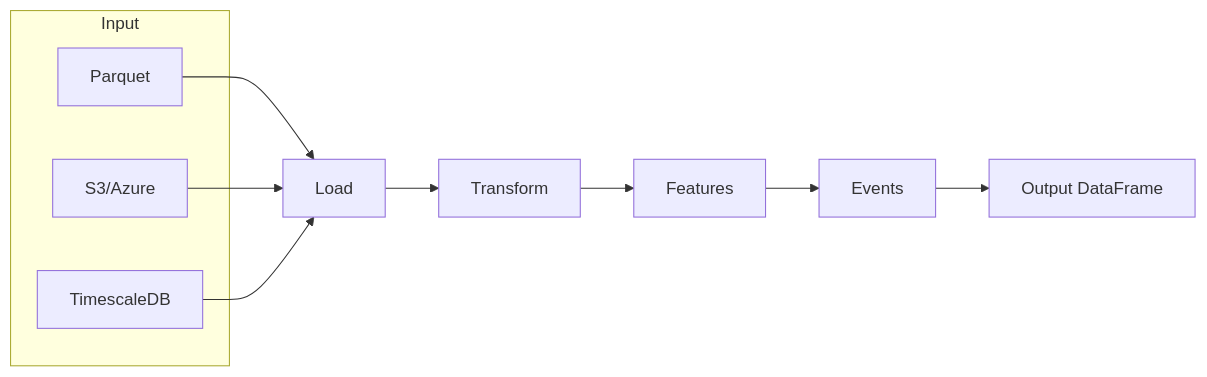
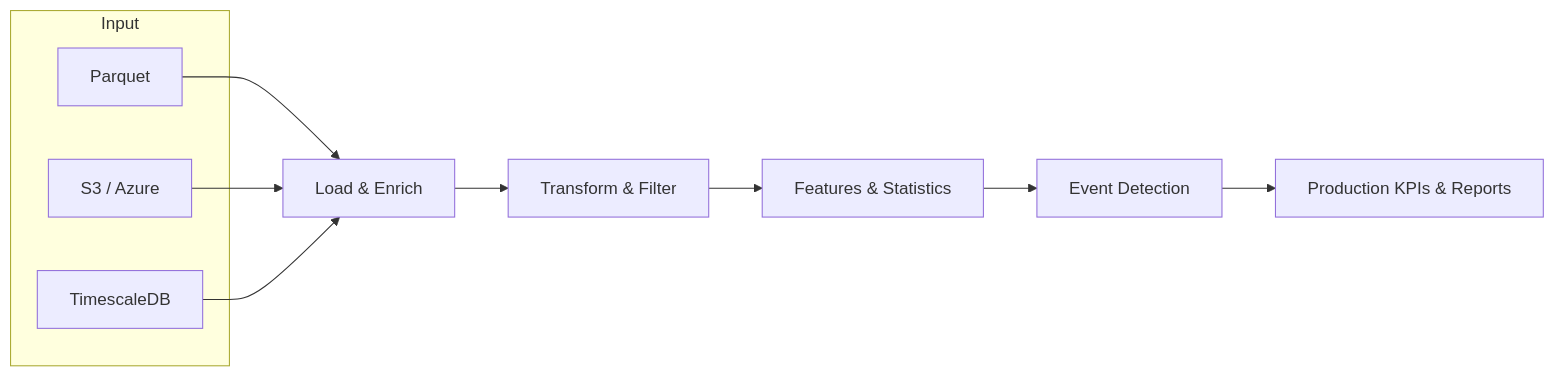
The diagram in docs/index.md (jakobgabriel/ts-shape), drawn with Mermaid before and after one commit. The commit also changed other lines of this file and 14 other files, not shown here.

````diff
--- a/docs/index.md
+++ b/docs/index.md
@@ -87,17 +122,17 @@
 ```mermaid
 flowchart LR
     subgraph Input
         A1[Parquet]
-        A2[S3/Azure]
+        A2[S3 / Azure]
         A3[TimescaleDB]
     end
 
-    A1 --> L[Load]
+    A1 --> L[Load & Enrich]
     A2 --> L
     A3 --> L
 
-    L --> T[Transform]
-    T --> F[Features]
-    F --> E[Events]
-    E --> O[Output DataFrame]
+    L --> T[Transform & Filter]
+    T --> F[Features & Statistics]
+    F --> E[Event Detection]
+    E --> O[Production KPIs & Reports]
 ```
````
